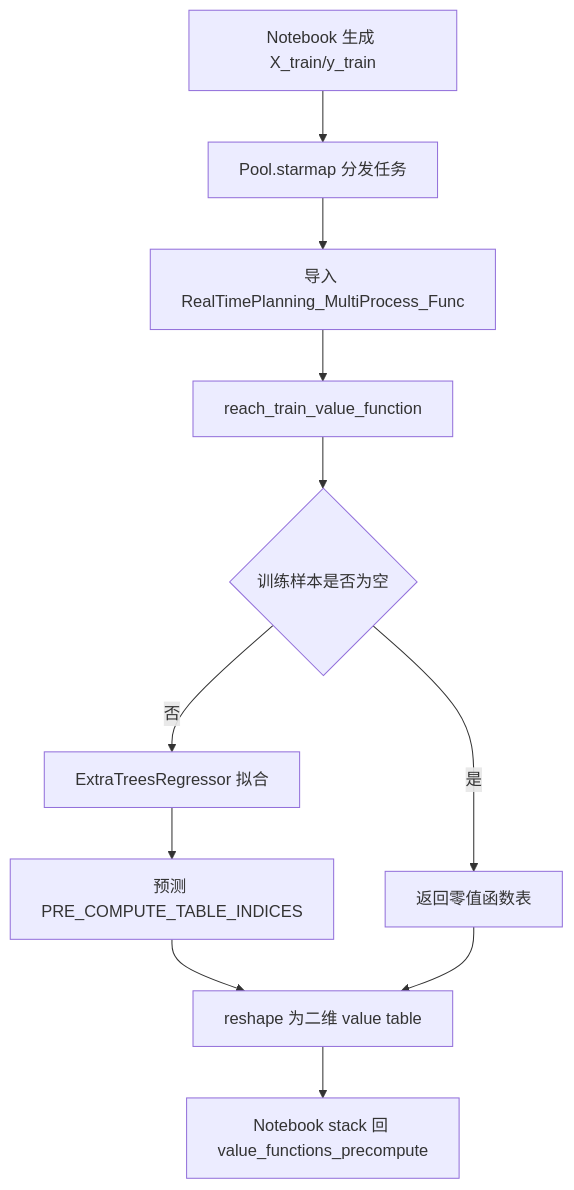
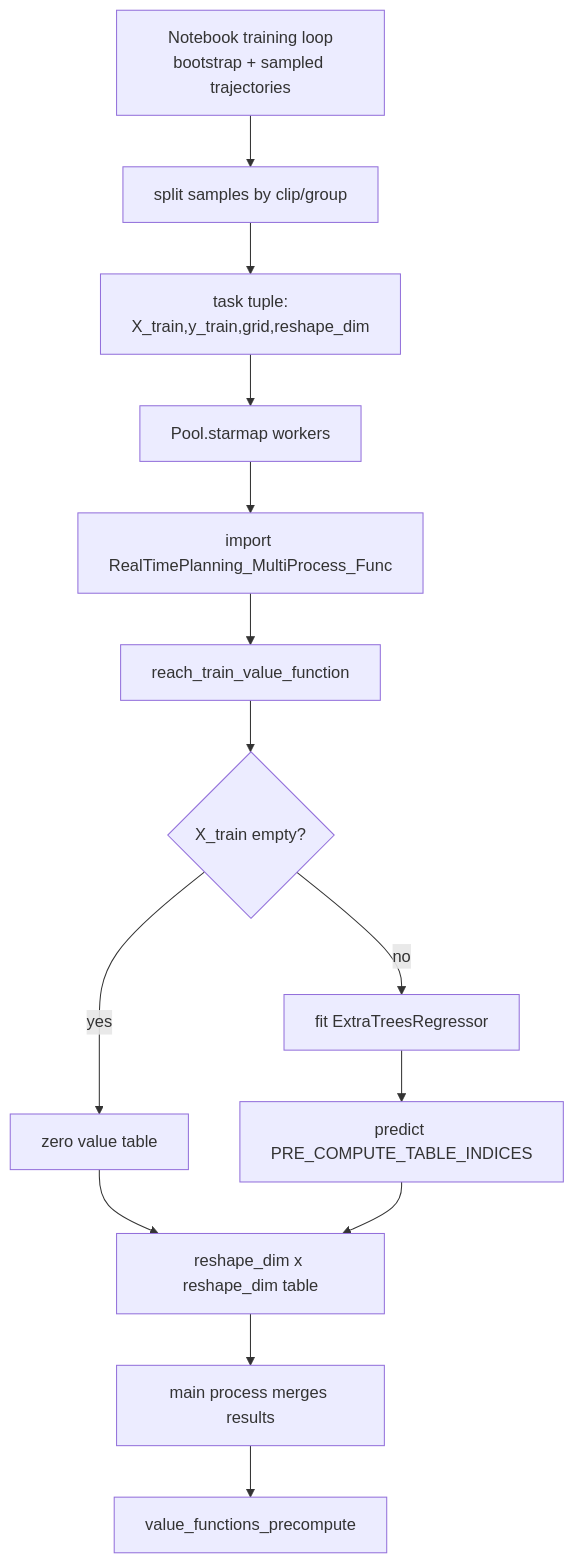
The first of 12 diagrams in docs/blog/AnimationPapers/real_time_planning_multiprocess_func/README.md (EvihGraphics/AnimationTech-HTC), drawn with Mermaid before and after one commit. The commit also changed other lines of this file and 6 other files, not shown here.

````diff
--- a/docs/blog/AnimationPapers/real_time_planning_multiprocess_func/README.md
+++ b/docs/blog/AnimationPapers/real_time_planning_multiprocess_func/README.md
@@ -21,13 +31,16 @@
 ```mermaid
 flowchart TD
-    A[Notebook 生成 X_train/y_train] --> B[Pool.starmap 分发任务]
-    B --> C[导入 RealTimePlanning_MultiProcess_Func]
-    C --> D[reach_train_value_function]
-    D --> E{训练样本是否为空}
-    E -->|是| F[返回零值函数表]
-    E -->|否| G[ExtraTreesRegressor 拟合]
-    G --> H[预测 PRE_COMPUTE_TABLE_INDICES]
-    H --> I[reshape 为二维 value table]
-    F --> I
-    I --> J[Notebook stack 回 value_functions_precompute]
+    A[Notebook training loop<br/>bootstrap + sampled trajectories] --> B[split samples by clip/group]
+    B --> C[task tuple:<br/>X_train,y_train,grid,reshape_dim]
+    C --> D[Pool.starmap workers]
+    D --> E[import RealTimePlanning_MultiProcess_Func]
+    E --> F[reach_train_value_function]
+    F --> G{X_train empty?}
+    G -->|yes| H[zero value table]
+    G -->|no| I[fit ExtraTreesRegressor]
+    I --> J[predict PRE_COMPUTE_TABLE_INDICES]
+    H --> K[reshape_dim x reshape_dim table]
+    J --> K
+    K --> L[main process merges results]
+    L --> M[value_functions_precompute]
 ```
````
